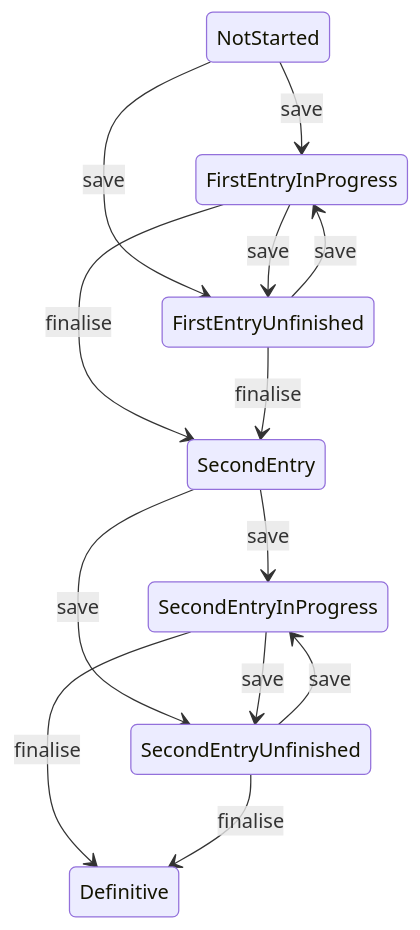
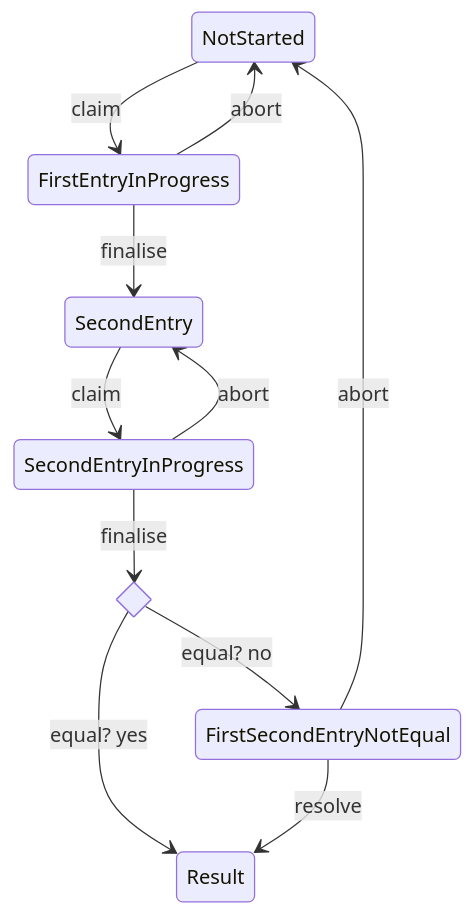
The diagram in documentatie/flowcharts/polling-station-state.md (kiesraad/abacus), drawn with Mermaid before and after one commit. The commit also changed other lines of this file, not shown here.

Commit message:
Updated state machine diagram

````diff
--- a/documentatie/flowcharts/polling-station-state.md
+++ b/documentatie/flowcharts/polling-station-state.md
@@ -6,20 +7,17 @@
 ```mermaid
 stateDiagram
-NotStarted --> FirstEntryInProgress: save
-NotStarted --> FirstEntryUnfinished: save
-
-FirstEntryInProgress --> FirstEntryUnfinished: save
+NotStarted --> FirstEntryInProgress: claim
+#FirstEntryInProgress --> FirstEntryInProgress: save
 FirstEntryInProgress --> SecondEntry: finalise
-
-FirstEntryUnfinished --> FirstEntryInProgress: save
-FirstEntryUnfinished --> SecondEntry: finalise
-
-SecondEntry --> SecondEntryInProgress: save
-SecondEntry --> SecondEntryUnfinished: save
-
-SecondEntryInProgress --> SecondEntryUnfinished: save
-SecondEntryInProgress --> Definitive: finalise
-
-SecondEntryUnfinished --> SecondEntryInProgress: save
-SecondEntryUnfinished --> Definitive: finalise
+FirstEntryInProgress --> NotStarted: abort
+SecondEntry --> SecondEntryInProgress: claim
+#SecondEntryInProgress --> SecondEntryInProgress: save
+state is_equal <<choice>>
+is_equal --> Result: equal? yes
+is_equal --> FirstSecondEntryNotEqual: equal? no
+SecondEntryInProgress --> is_equal: finalise
+SecondEntryInProgress --> SecondEntry: abort
+#FirstSecondEntryNotEqual --> FirstSecondEntryNotEqual: save
+FirstSecondEntryNotEqual --> NotStarted: abort
+FirstSecondEntryNotEqual --> Result: resolve
 ```
````
